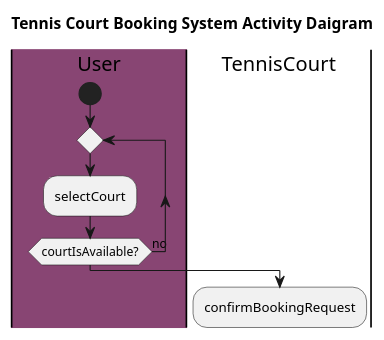
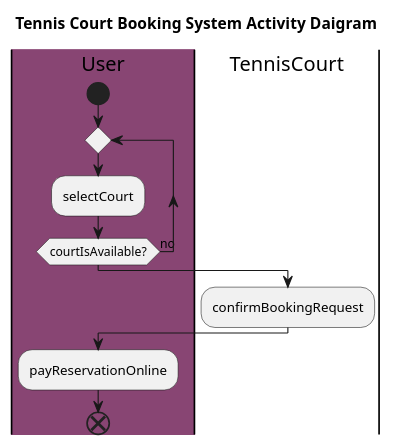
The diagram in UML/TeamWorkLast/activityTennisCourtBookingSystem.wsd (ACupofAir/SEU-Java-Course), drawn with PlantUML before and after one commit. The commit also changed 12 other files, not shown here.

```diff
--- a/UML/TeamWorkLast/activityTennisCourtBookingSystem.wsd
+++ b/UML/TeamWorkLast/activityTennisCourtBookingSystem.wsd
@@ -1,14 +1,13 @@
 @startuml ActivityDaigram
 title Tennis Court Booking System Activity Daigram
-|#884573|User|                            
-start                                     
-repeat                                    
-  :selectCourt;                           
-repeat while (courtIsAvailable?) is (no)  
-  |TennisCourt|                           
-  :confirmBookingRequest;               
-'   |User|                                
-'   :selectCourt;                         
-' |User|                                  
-' :payReservationOnline;                  
+|#884573|User|                                    
+start                                             
+repeat                                            
+  :selectCourt;                                   
+repeat while (courtIsAvailable?) is (no)          
+  |TennisCourt|                                   
+  :confirmBookingRequest;                         
+  |User|                                          
+  :payReservationOnline;                          
+end                                               
 @enduml                                           
```
